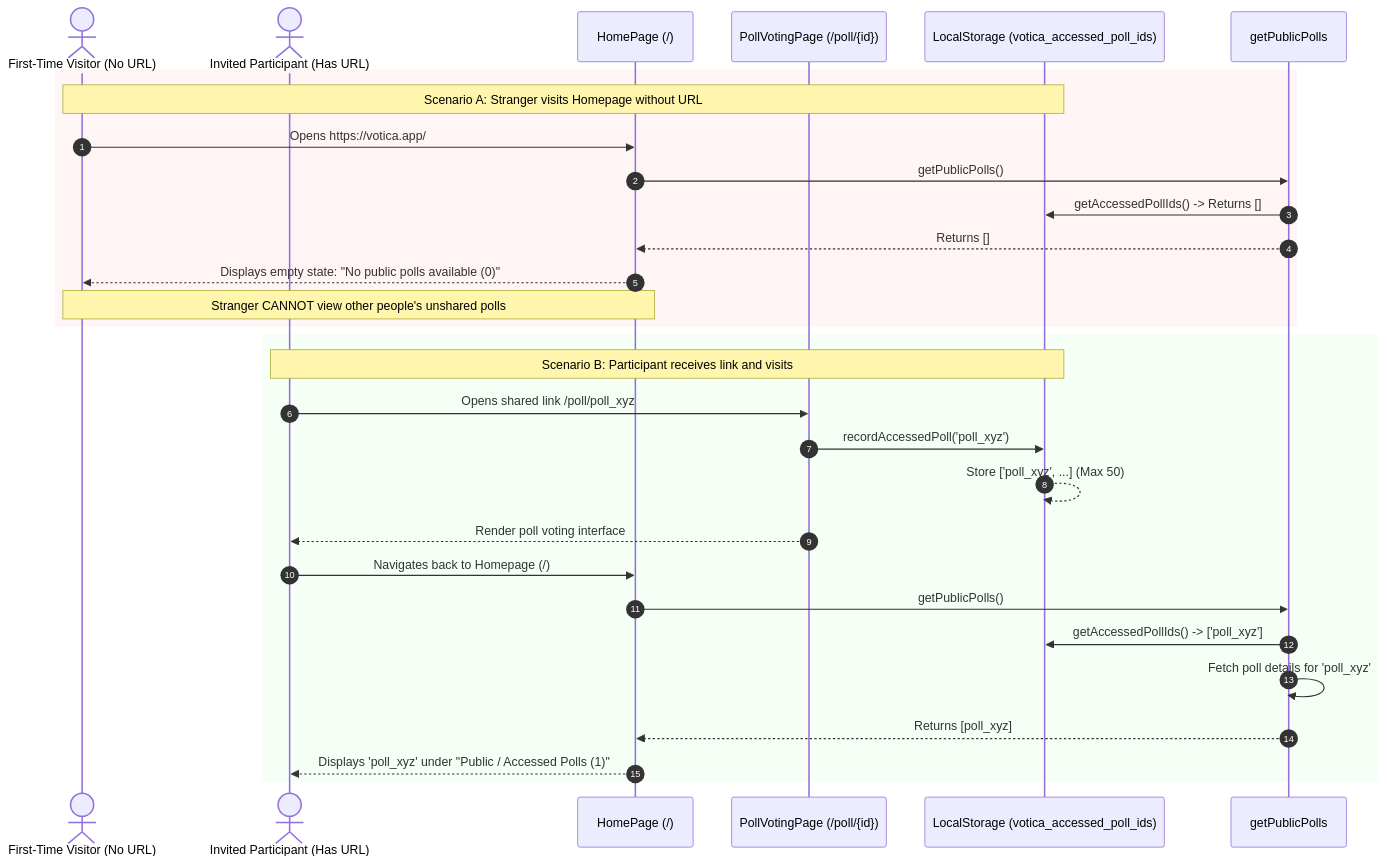
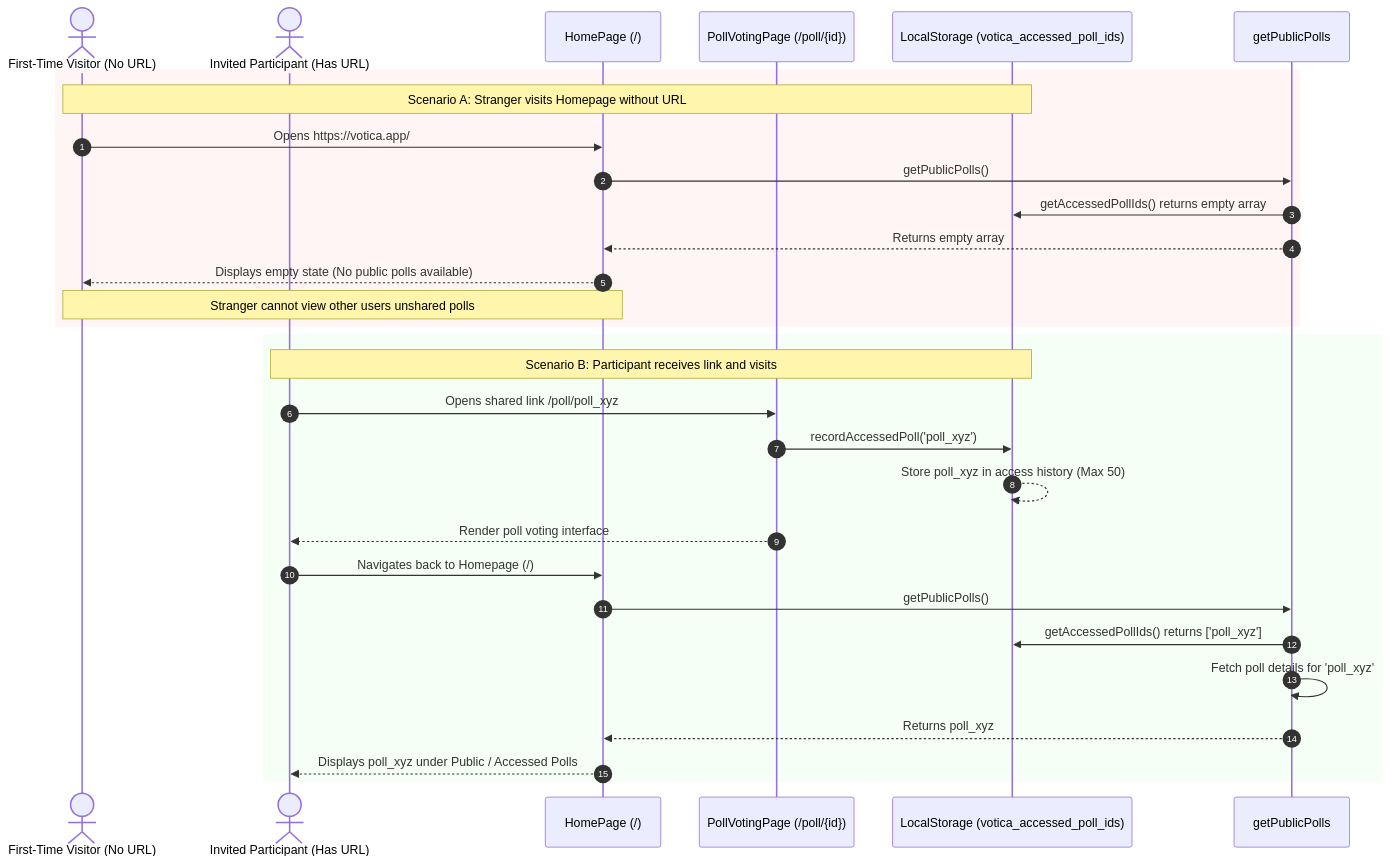
One commit to c1t0d0s0/votica changed the seventh of 7 diagrams in docs/SEQUENCE_DIAGRAMS.md. Above: the diagram before and after it, drawn with Mermaid. The commit also changed other lines of this file and 1 other file, not shown here.

Commit message:
fixed SEQUENCE_DIAGRAMS

````diff
--- a/docs/SEQUENCE_DIAGRAMS.md
+++ b/docs/SEQUENCE_DIAGRAMS.md
@@ -238,37 +235,35 @@
 ```mermaid
 sequenceDiagram
     autonumber
     actor Stranger as First-Time Visitor (No URL)
     actor Invited as Invited Participant (Has URL)
     participant Home as HomePage (/)
     participant Voting as PollVotingPage (/poll/{id})
     participant Storage as LocalStorage (votica_accessed_poll_ids)
     participant Service as getPublicPolls
 
-    %% Scenario A: Stranger visits home
     rect rgb(255, 245, 245)
         Note over Stranger,Storage: Scenario A: Stranger visits Homepage without URL
         Stranger->>Home: Opens https://votica.app/
         Home->>Service: getPublicPolls()
-        Service->>Storage: getAccessedPollIds() -> Returns []
-        Service-->>Home: Returns []
-        Home-->>Stranger: Displays empty state: "No public polls available (0)"
-        Note over Stranger,Home: Stranger CANNOT view other people's unshared polls
+        Service->>Storage: getAccessedPollIds() returns empty array
+        Service-->>Home: Returns empty array
+        Home-->>Stranger: Displays empty state (No public polls available)
+        Note over Stranger,Home: Stranger cannot view other users unshared polls
     end
 
-    %% Scenario B: Invited Participant accesses via URL or ID
     rect rgb(245, 255, 245)
         Note over Invited,Storage: Scenario B: Participant receives link and visits
         Invited->>Voting: Opens shared link /poll/poll_xyz
         Voting->>Storage: recordAccessedPoll('poll_xyz')
-        Storage-->>Storage: Store ['poll_xyz', ...] (Max 50)
+        Storage-->>Storage: Store poll_xyz in access history (Max 50)
         Voting-->>Invited: Render poll voting interface
 
         Invited->>Home: Navigates back to Homepage (/)
         Home->>Service: getPublicPolls()
-        Service->>Storage: getAccessedPollIds() -> ['poll_xyz']
+        Service->>Storage: getAccessedPollIds() returns ['poll_xyz']
         Service->>Service: Fetch poll details for 'poll_xyz'
-        Service-->>Home: Returns [poll_xyz]
-        Home-->>Invited: Displays 'poll_xyz' under "Public / Accessed Polls (1)"
+        Service-->>Home: Returns poll_xyz
+        Home-->>Invited: Displays poll_xyz under Public / Accessed Polls
     end
 ```
````
